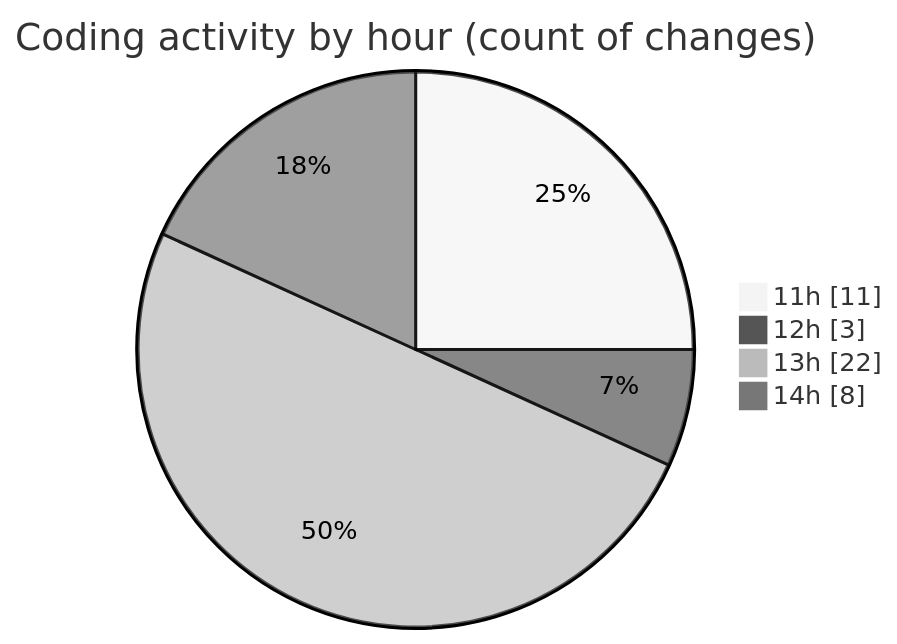
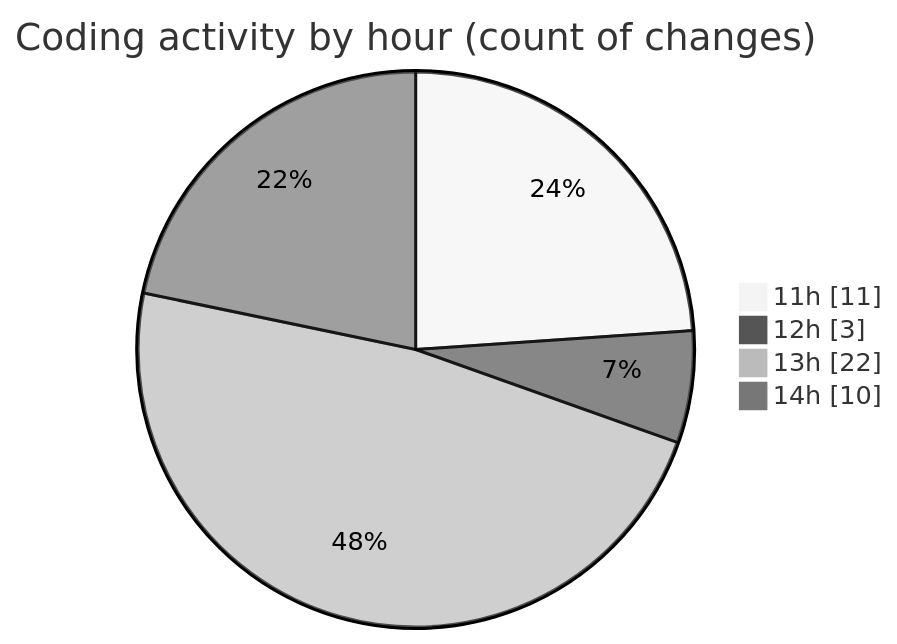
Before and after one commit to momahboobian/code-tracking: the second of 2 diagrams in 2026-05-20/cda/README.md, drawn with Mermaid (neutral theme). The commit also changed other lines of this file and 1 other file, not shown here.

````diff
--- a/2026-05-20/cda/README.md
+++ b/2026-05-20/cda/README.md
@@ -39,8 +39,8 @@
 ```mermaid
 pie showData
 title Coding activity by hour (count of changes)
 "11h" : 11
 "12h" : 3
 "13h" : 22
-"14h" : 8
+"14h" : 10
 ```
````
